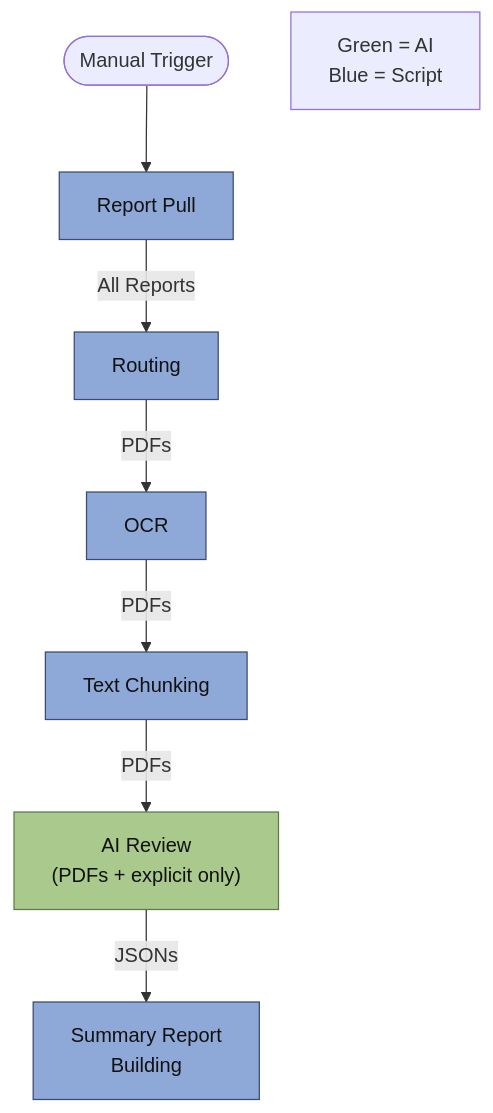
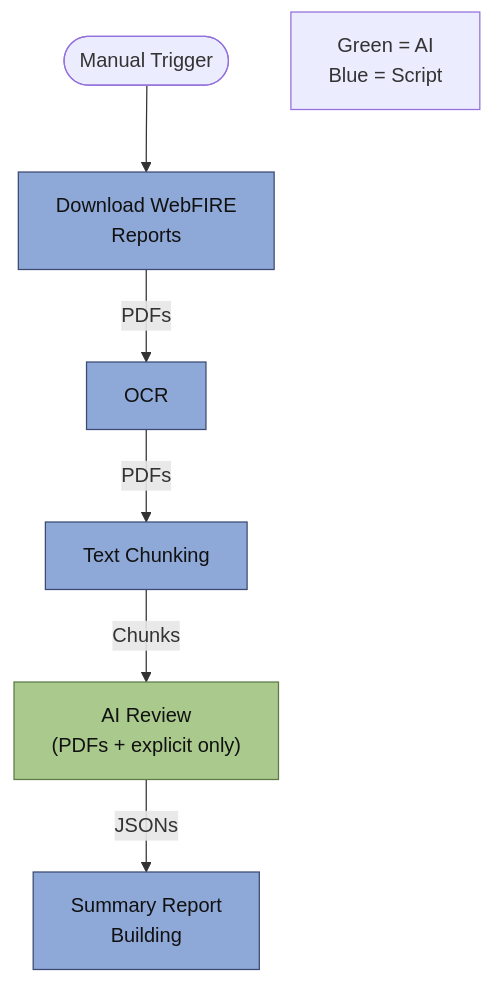
Before and after one commit to ChristopherAppier/WebFIRE_Review: the diagram in docs/flow_charts/mvp_pipeline_chart.md, drawn with Mermaid. The commit also changed 3 other files, not shown here.

Commit message:
Updated flow charts and to do list

````diff
--- a/docs/flow_charts/mvp_pipeline_chart.md
+++ b/docs/flow_charts/mvp_pipeline_chart.md
@@ -1,29 +1,27 @@
 ```mermaid
 flowchart TB
 
 	%% Defining the nodes and their labels
 	Trigger([Manual Trigger])
-	RepPull[Report Pull]
-	Route[Routing]
+	RepPull[Download WebFIRE<br/>Reports]
 	OCR[OCR]
 	TextChunk[Text Chunking]
 	AIRev["AI Review<br/>(PDFs + explicit only)"]
 	Summary[Summary Report<br/>Building]
 	INFO[Green = AI<br/>Blue = Script]
 
 	%% Linking the nodes
 	Trigger --> RepPull
-	RepPull -- All Reports --> Route
-	Route -- PDFs --> OCR
+	RepPull -- PDFs --> OCR
 	OCR -- PDFs --> TextChunk
-	TextChunk -- PDFs--> AIRev
+	TextChunk -- Chunks--> AIRev
 	AIRev -- JSONs--> Summary
 
 	%% Create classes for the node colors
 	classDef blue fill:#8EA8D8,stroke:#3B4A73,color:#111,stroke-width:1px;
 	classDef green fill:#A9C98D,stroke:#5D7A46,color:#111,stroke-width:1px;
 
 	%% Assigning the nodes to their classes
 	class RepPull,Route,OCR,TextChunk,Summary blue;
 	class AIRev green;
 ```
````
